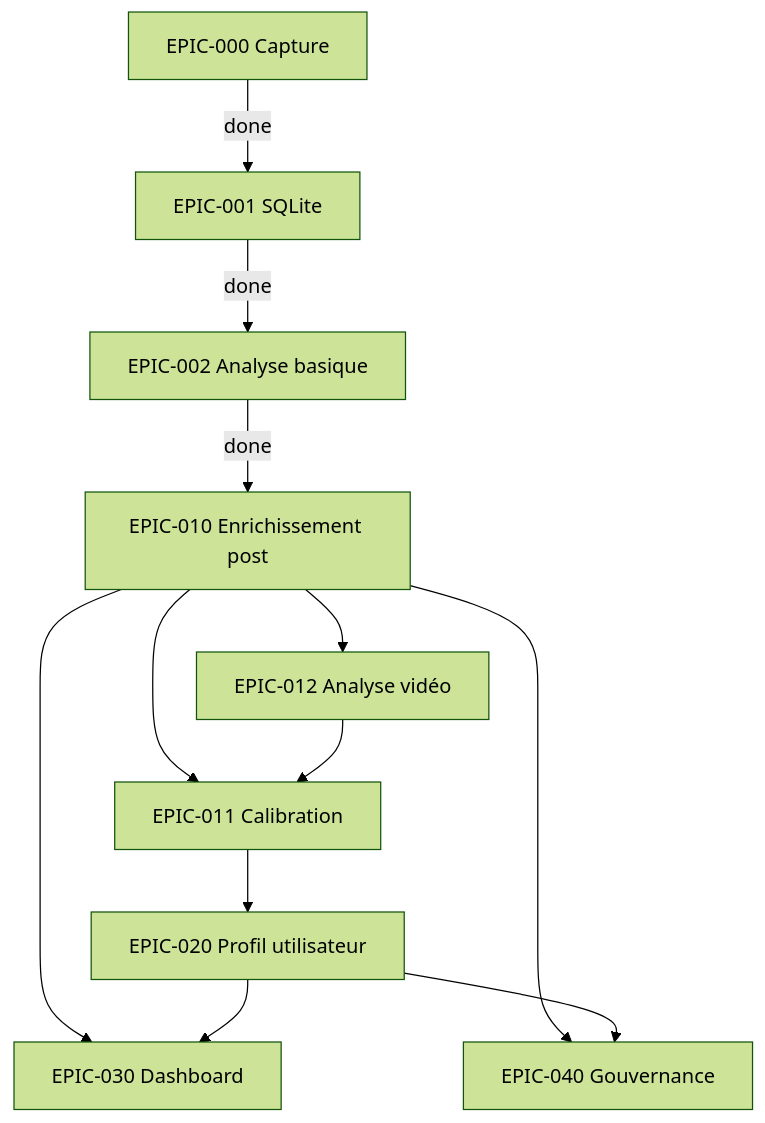
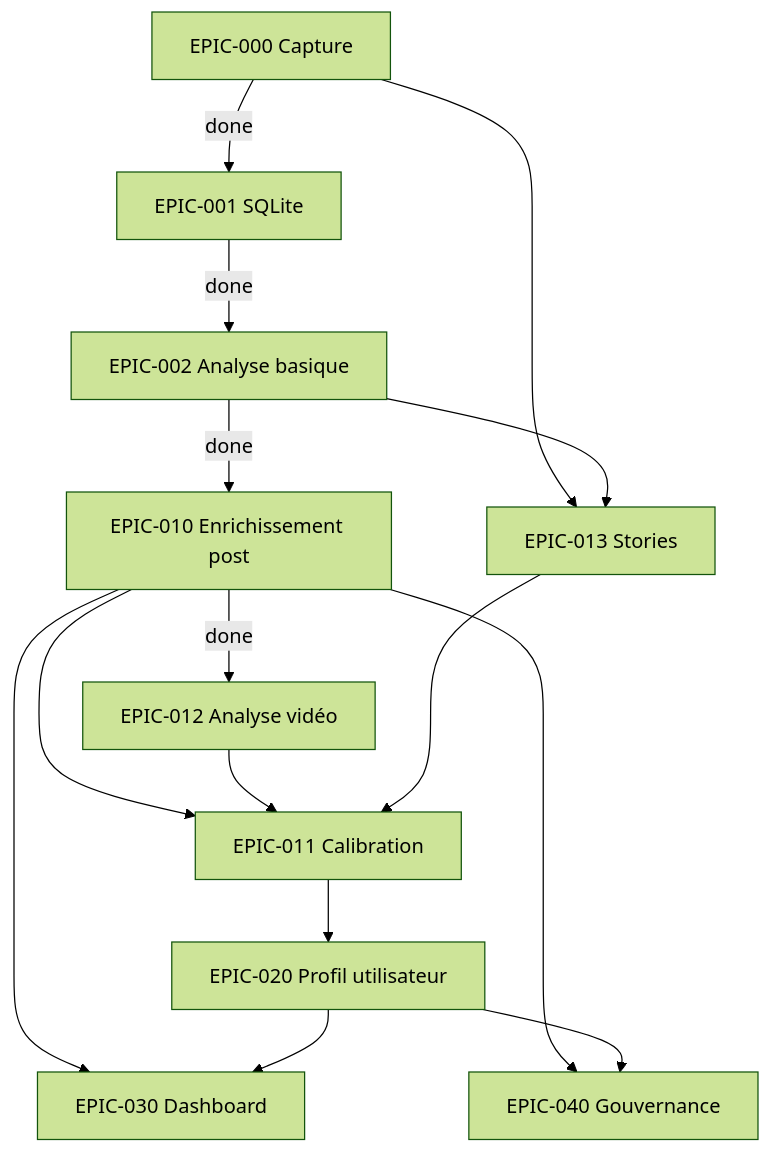
Before and after one commit to ChariereFiedler/scrollout: the second of 2 diagrams in docs/ROADMAP.epic.md, drawn with Mermaid (forest theme). The commit also changed other lines of this file and 12 other files, not shown here.

First line of the commit message:
feat: analyse vidéo (EPIC-012) + support stories (EPIC-013)

````diff
--- a/docs/ROADMAP.epic.md
+++ b/docs/ROADMAP.epic.md
@@ -384,14 +428,17 @@
 ```mermaid
 graph TD
     E000[EPIC-000 Capture] -->|done| E001[EPIC-001 SQLite]
     E001 -->|done| E002[EPIC-002 Analyse basique]
     E002 -->|done| E010[EPIC-010 Enrichissement post]
+    E010 -->|done| E012[EPIC-012 Analyse vidéo]
+    E000 --> E013[EPIC-013 Stories]
+    E002 --> E013
     E010 --> E011[EPIC-011 Calibration]
-    E010 --> E012[EPIC-012 Analyse vidéo]
     E012 --> E011
+    E013 --> E011
     E011 --> E020[EPIC-020 Profil utilisateur]
     E010 --> E030[EPIC-030 Dashboard]
     E020 --> E030
     E010 --> E040[EPIC-040 Gouvernance]
     E020 --> E040
 ```
````
